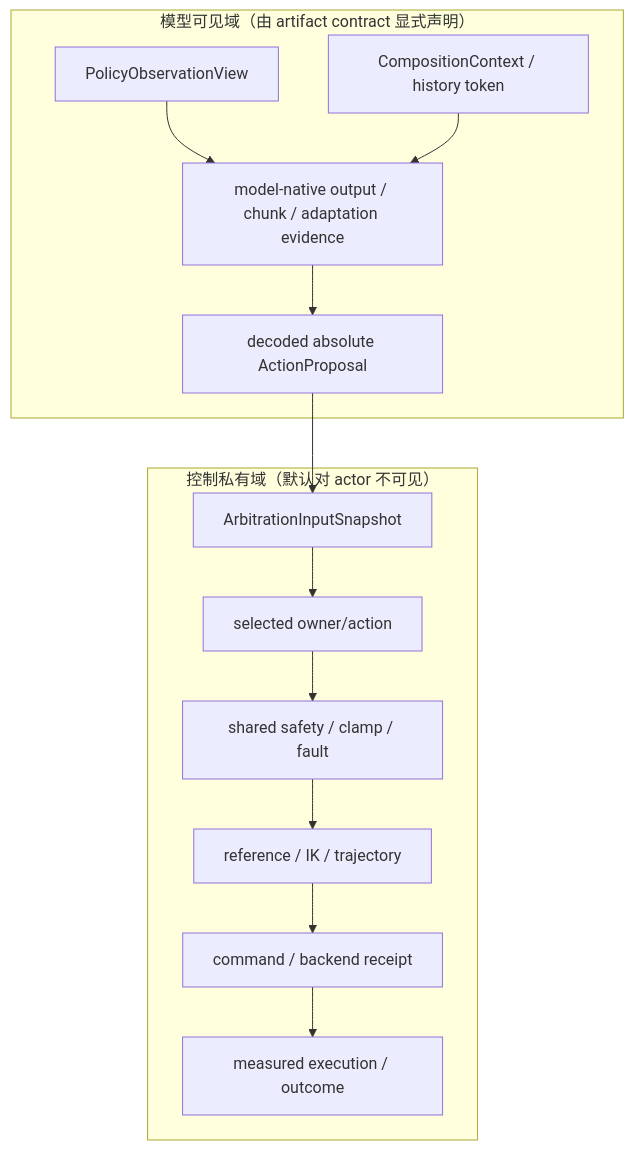
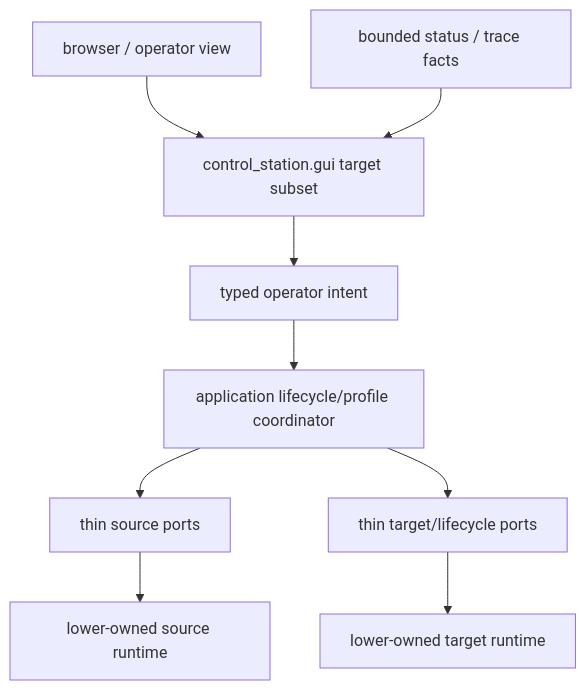
Before and after one commit to xiaopangxiexyg/AgenticRobot: the fifth of 9 diagrams in docs/architecture/dexteleop_architecture_visual_guide.md, drawn with Mermaid. The commit also changed other lines of this file and 3 other files, not shown here.

Commit message:
docs: refresh the architecture visual guide

````diff
--- a/docs/architecture/dexteleop_architecture_visual_guide.md
+++ b/docs/architecture/dexteleop_architecture_visual_guide.md
@@ -661,24 +172,11 @@
 ```mermaid
 flowchart TB
-    subgraph Visible["模型可见域（由 artifact contract 显式声明）"]
-        Obs["PolicyObservationView"]
-        Ctx["CompositionContext / history token"]
-        Raw["model-native output / chunk / adaptation evidence"]
-        Proposal["decoded absolute ActionProposal"]
-        Obs --> Raw
-        Ctx --> Raw
-        Raw --> Proposal
-    end
-
-    subgraph Private["控制私有域（默认对 actor 不可见）"]
-        Input["ArbitrationInputSnapshot"]
-        Decision["selected owner/action"]
-        Safety["shared safety / clamp / fault"]
-        Reference["reference / IK / trajectory"]
-        Command["command / backend receipt"]
-        Measured["measured execution / outcome"]
-        Input --> Decision --> Safety --> Reference --> Command --> Measured
-    end
-
-    Proposal --> Input
+    Browser["browser / operator view"] --> GUI["control_station.gui target subset"]
+    GUI --> Intent["typed operator intent"]
+    Intent --> App["application lifecycle/profile coordinator"]
+    App --> SourcePort["thin source ports"]
+    App --> TargetPort["thin target/lifecycle ports"]
+    SourcePort --> LowerSource["lower-owned source runtime"]
+    TargetPort --> LowerTarget["lower-owned target runtime"]
+    Facts["bounded status / trace facts"] --> GUI
 ```
````
